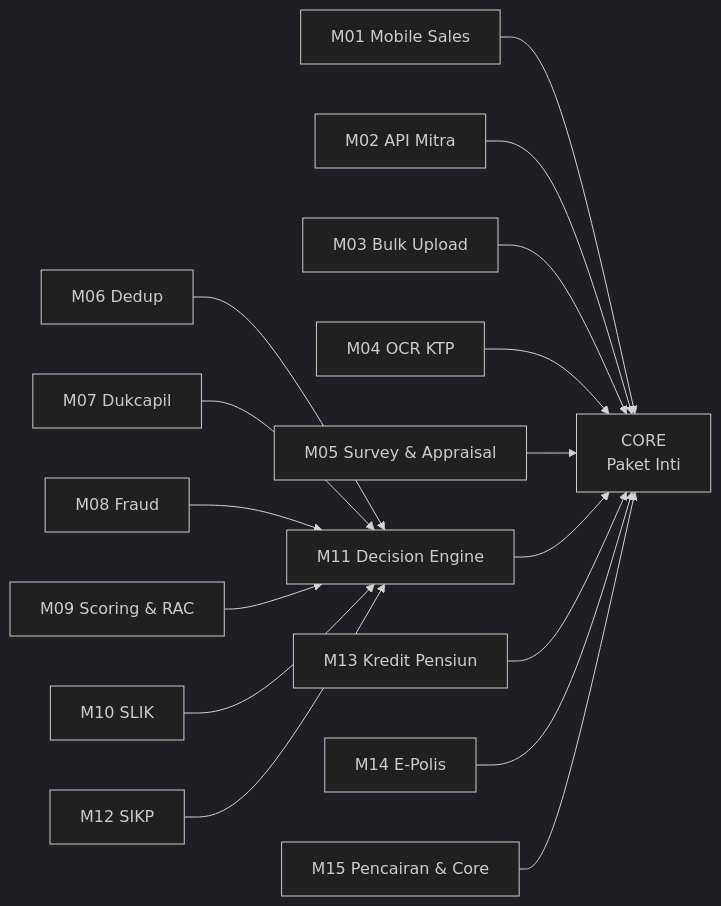
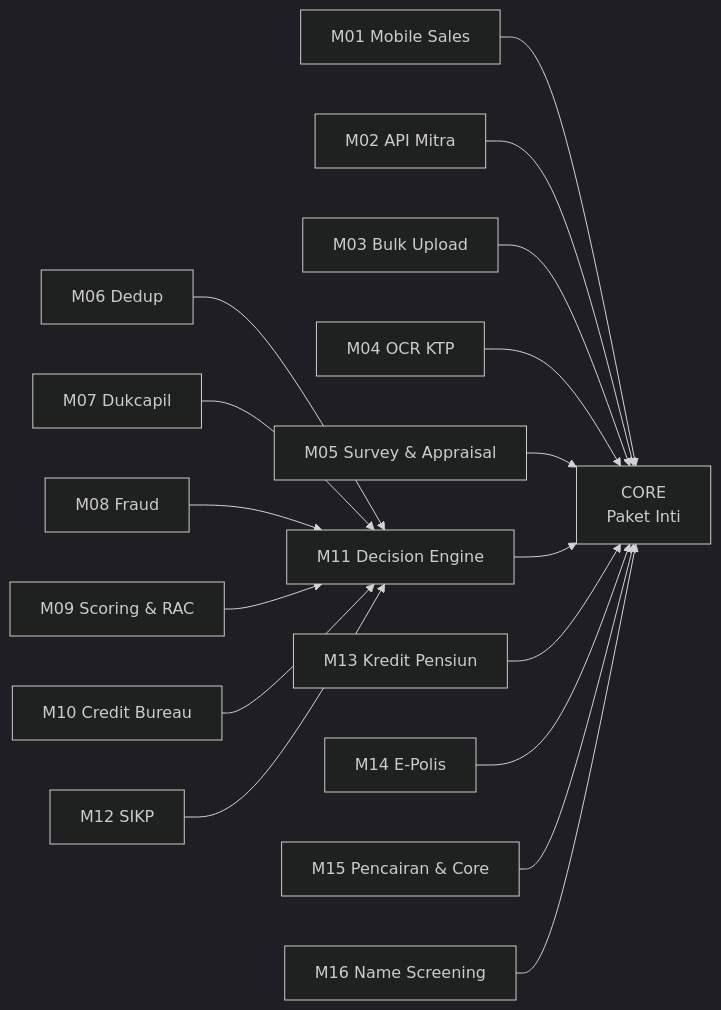
Before and after one commit to PT-Perkasa-Pilar-Utama/cikal: the first of 3 diagrams in Docs/cikal-tech-reference.md, drawn with Mermaid (dark theme). The commit also changed other lines of this file and 3 other files, not shown here.

First line of the commit message:
docs: add integration adapter architecture and configurable rules

````diff
--- a/Docs/cikal-tech-reference.md
+++ b/Docs/cikal-tech-reference.md
@@ -113,19 +117,20 @@
 ```mermaid
 flowchart LR
     CORE["CORE<br/>Paket Inti"]
     M01["M01 Mobile Sales"] --> CORE
     M02["M02 API Mitra"] --> CORE
     M03["M03 Bulk Upload"] --> CORE
     M04["M04 OCR KTP"] --> CORE
     M05["M05 Survey & Appraisal"] --> CORE
     M06["M06 Dedup"] --> M11
     M07["M07 Dukcapil"] --> M11
     M08["M08 Fraud"] --> M11
     M09["M09 Scoring & RAC"] --> M11
-    M10["M10 SLIK"] --> M11
+    M10["M10 Credit Bureau"] --> M11
     M12["M12 SIKP"] --> M11
     M11["M11 Decision Engine"] --> CORE
     M13["M13 Kredit Pensiun"] --> CORE
     M14["M14 E-Polis"] --> CORE
     M15["M15 Pencairan & Core"] --> CORE
+    M16["M16 Name Screening"] --> CORE
 ```
````
